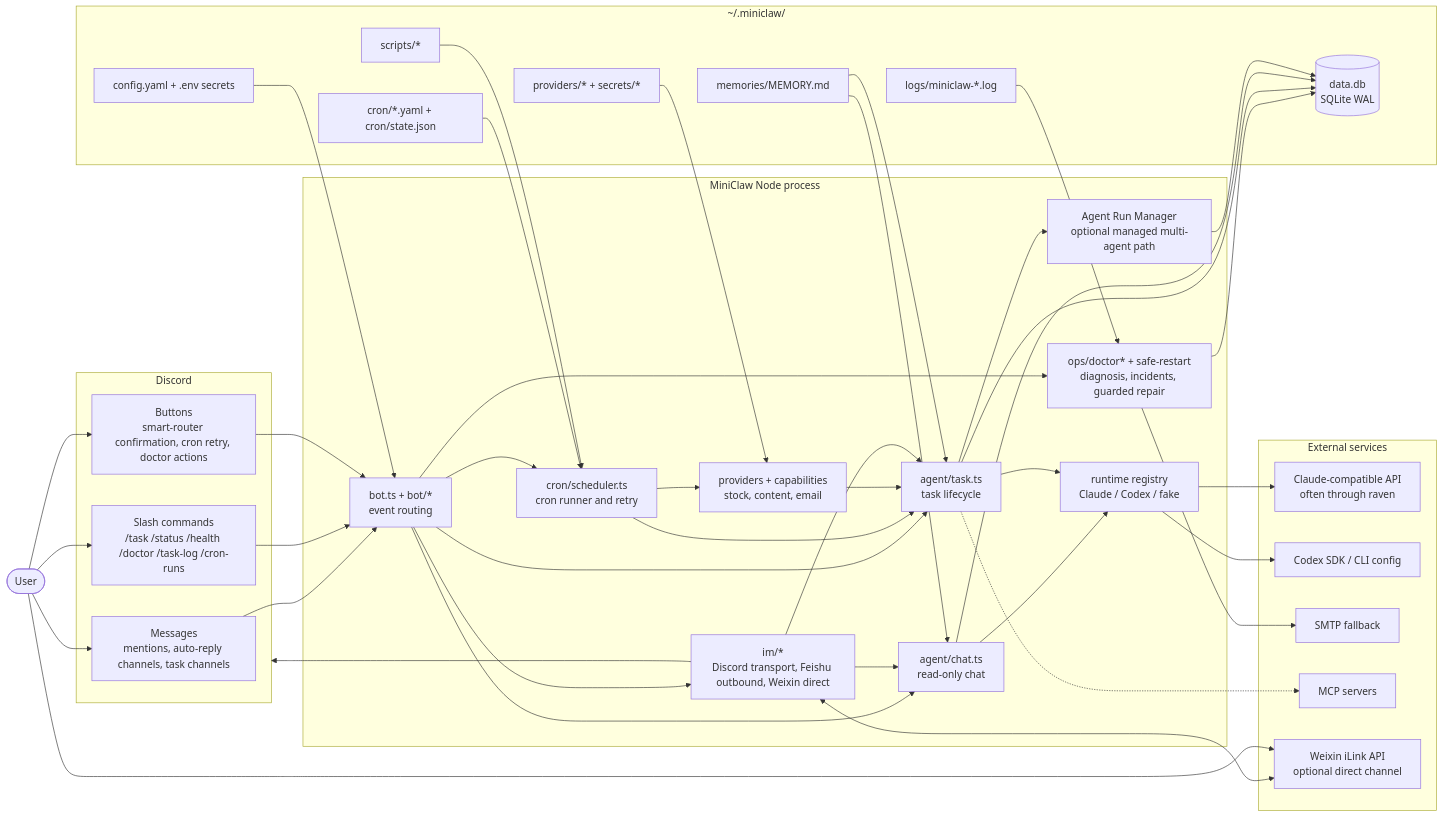
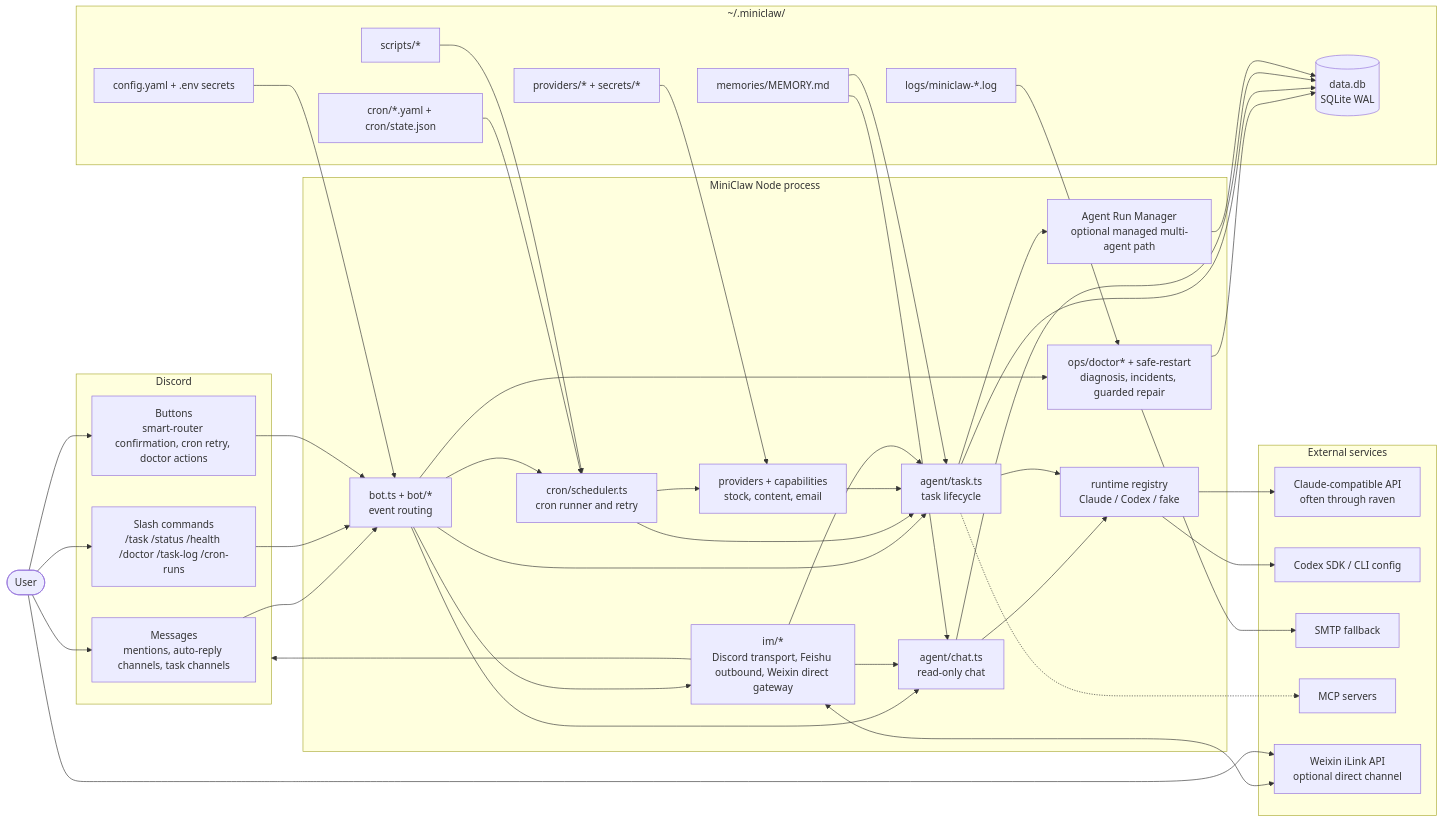
The first of 6 diagrams in docs/architecture.md (yuanyunfan/miniclaw), drawn with Mermaid before and after one commit. The commit also changed other lines of this file and 20 other files, not shown here.

````diff
--- a/docs/architecture.md
+++ b/docs/architecture.md
@@ -7,78 +7,78 @@
 ```mermaid
 flowchart LR
   User([User])
 
   subgraph Discord["Discord"]
     Msg["Messages<br/>mentions, auto-reply channels, task channels"]
     Slash["Slash commands<br/>/task /status /health /doctor /task-log /cron-runs"]
     Btn["Buttons<br/>smart-router confirmation, cron retry, doctor actions"]
   end
 
   subgraph MiniClaw["MiniClaw Node process"]
     Bot["bot.ts + bot/*<br/>event routing"]
     Chat["agent/chat.ts<br/>read-only chat"]
     Task["agent/task.ts<br/>task lifecycle"]
     Runtime["runtime registry<br/>Claude / Codex / fake"]
     RunMgr["Agent Run Manager<br/>optional managed multi-agent path"]
     Cron["cron/scheduler.ts<br/>cron runner and retry"]
     Providers["providers + capabilities<br/>stock, content, email"]
     Ops["ops/doctor* + safe-restart<br/>diagnosis, incidents, guarded repair"]
-    IM["im/*<br/>Discord transport, Feishu outbound, Weixin direct"]
+    IM["im/*<br/>Discord transport, Feishu outbound, Weixin direct gateway"]
   end
 
   subgraph UserHome["~/.miniclaw/"]
     Config["config.yaml + .env secrets"]
     Jobs["cron/*.yaml + cron/state.json"]
     Memory["memories/MEMORY.md"]
     Scripts["scripts/*"]
     ProviderState["providers/* + secrets/*"]
     Logs["logs/miniclaw-*.log"]
     DB[("data.db<br/>SQLite WAL")]
   end
 
   subgraph External["External services"]
     Claude["Claude-compatible API<br/>often through raven"]
     Codex["Codex SDK / CLI config"]
     SMTP["SMTP fallback"]
     MCP["MCP servers"]
     Weixin["Weixin iLink API<br/>optional direct channel"]
   end
 
   User --> Msg
   User --> Slash
   User --> Btn
   Msg --> Bot
   Slash --> Bot
   Btn --> Bot
   Bot --> Chat
   Bot --> Task
   Bot --> Cron
   Bot --> Ops
   Chat --> Runtime
   Task --> Runtime
   Task --> RunMgr
   Cron --> Task
   Cron --> Providers
   Providers --> Task
   Ops --> DB
   Task --> DB
   Chat --> DB
   RunMgr --> DB
   Bot --> IM
   IM --> Chat
   IM --> Task
   IM --> Discord
   IM <--> Weixin
   User --> Weixin
   Config --> Bot
   Jobs --> Cron
   Memory --> Chat
   Memory --> Task
   Scripts --> Cron
   ProviderState --> Providers
   Logs --> Ops
   Runtime --> Claude
   Runtime --> Codex
   Task -.-> MCP
   Ops --> SMTP
 ```
````
